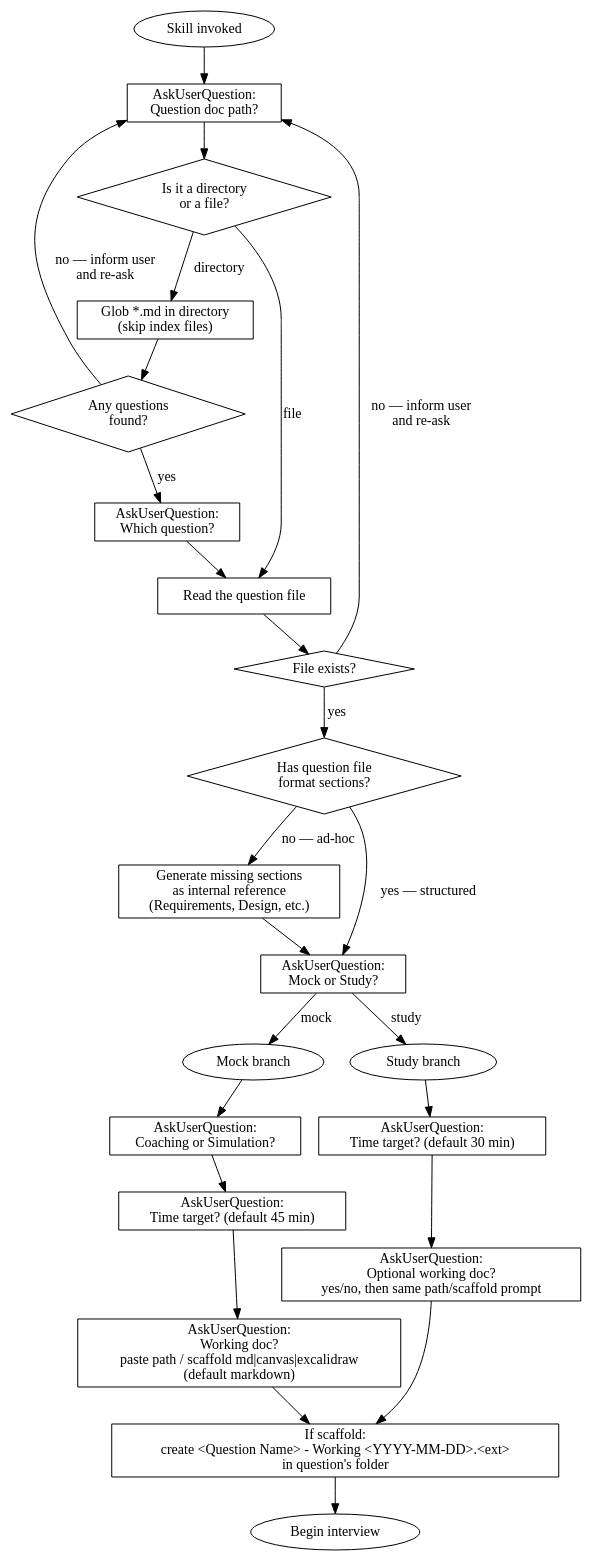
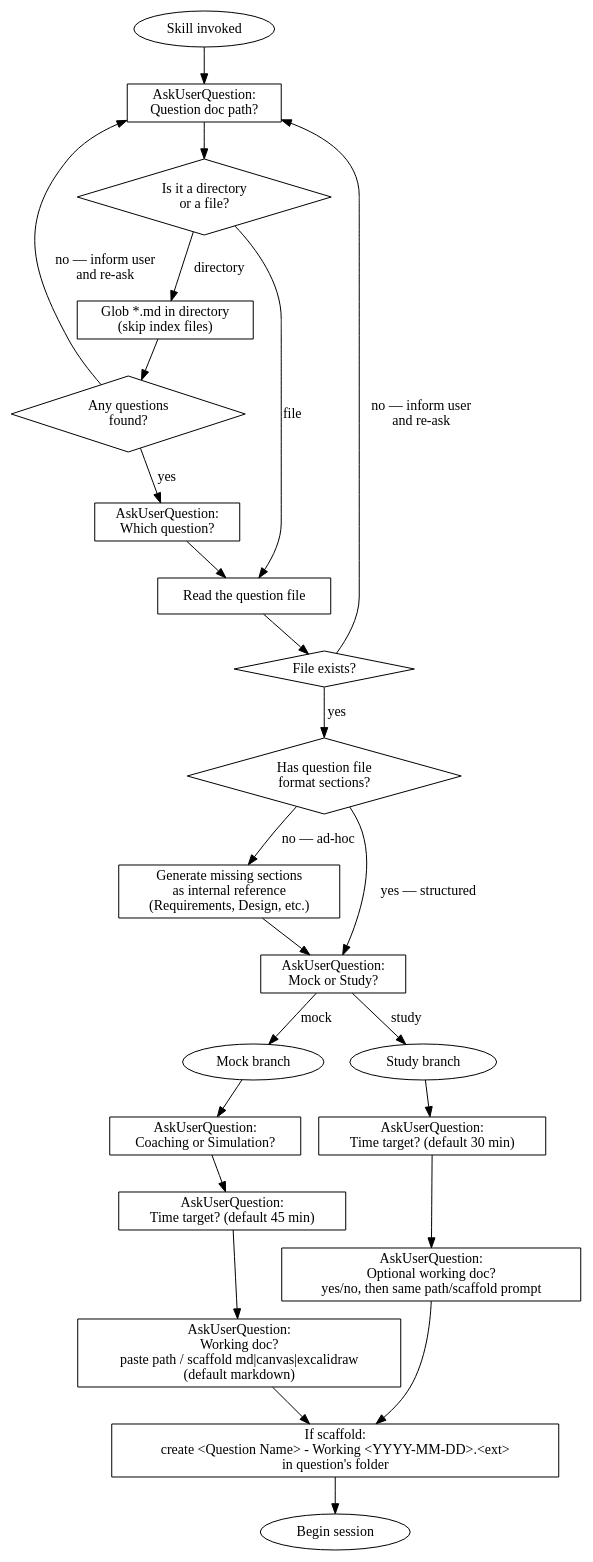
One commit to ziyunli/quartz changed the first of 3 diagrams in .agents/skills/studying-system-design-challenges/SKILL.md. Above: the diagram before and after it, drawn with Graphviz. The commit also changed other lines of this file and 1 other file, not shown here.

````diff
--- a/.agents/skills/studying-system-design-challenges/SKILL.md
+++ b/.agents/skills/studying-system-design-challenges/SKILL.md
@@ -14,52 +14,52 @@
 ```dot
 digraph setup {
   rankdir=TB;
   node [shape=box];
 
   start [label="Skill invoked" shape=ellipse];
   ask_path [label="AskUserQuestion:\nQuestion doc path?" shape=box];
   check_path [label="Is it a directory\nor a file?" shape=diamond];
   list_dir [label="Glob *.md in directory\n(skip index files)" shape=box];
   dir_empty [label="Any questions\nfound?" shape=diamond];
   ask_pick [label="AskUserQuestion:\nWhich question?" shape=box];
   load [label="Read the question file" shape=box];
   file_exists [label="File exists?" shape=diamond];
   check_format [label="Has question file\nformat sections?" shape=diamond];
   gen_structure [label="Generate missing sections\nas internal reference\n(Requirements, Design, etc.)" shape=box];
   ask_mode [label="AskUserQuestion:\nMock or Study?" shape=box];
   mock_branch [label="Mock branch" shape=ellipse];
   study_branch [label="Study branch" shape=ellipse];
   ask_submode [label="AskUserQuestion:\nCoaching or Simulation?" shape=box];
   ask_time_mock [label="AskUserQuestion:\nTime target? (default 45 min)" shape=box];
   ask_time_study [label="AskUserQuestion:\nTime target? (default 30 min)" shape=box];
   ask_doc_mock [label="AskUserQuestion:\nWorking doc?\npaste path / scaffold md|canvas|excalidraw\n(default markdown)" shape=box];
   ask_doc_study [label="AskUserQuestion:\nOptional working doc?\nyes/no, then same path/scaffold prompt" shape=box];
   scaffold [label="If scaffold:\ncreate <Question Name> - Working <YYYY-MM-DD>.<ext>\nin question's folder" shape=box];
-  begin [label="Begin interview" shape=ellipse];
+  begin [label="Begin session" shape=ellipse];
 
   start -> ask_path;
   ask_path -> check_path;
   check_path -> list_dir [label="directory"];
   check_path -> load [label="file"];
   list_dir -> dir_empty;
   dir_empty -> ask_pick [label="yes"];
   dir_empty -> ask_path [label="no — inform user\nand re-ask"];
   ask_pick -> load;
   load -> file_exists;
   file_exists -> check_format [label="yes"];
   file_exists -> ask_path [label="no — inform user\nand re-ask"];
   check_format -> ask_mode [label="yes — structured"];
   check_format -> gen_structure [label="no — ad-hoc"];
   gen_structure -> ask_mode;
   ask_mode -> mock_branch [label="mock"];
   ask_mode -> study_branch [label="study"];
   mock_branch -> ask_submode;
   ask_submode -> ask_time_mock;
   ask_time_mock -> ask_doc_mock;
   ask_doc_mock -> scaffold;
   study_branch -> ask_time_study;
   ask_time_study -> ask_doc_study;
   ask_doc_study -> scaffold;
   scaffold -> begin;
 }
 ```
````
